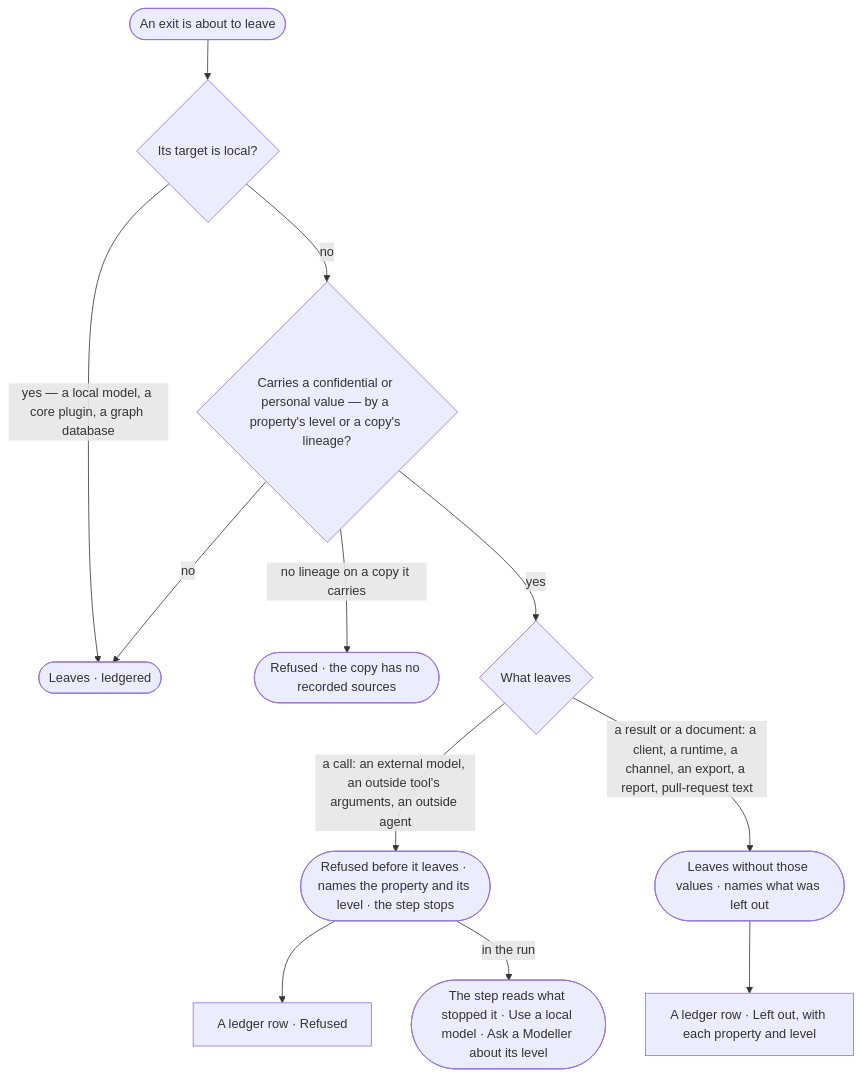
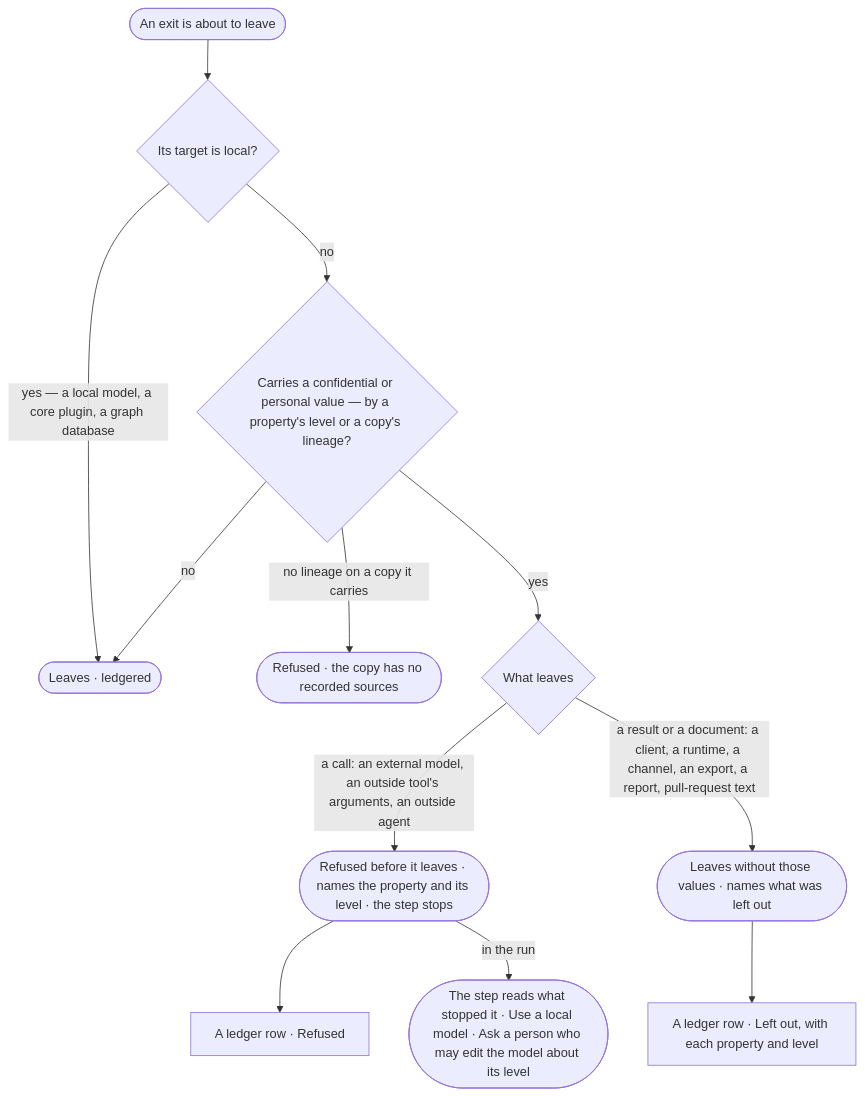
One commit to invana/invana changed the diagram in specs/os/access/features/AC-F09-what-left-the-platform/stories/AC-42-stop-sensitive-data-at-every-exit/story.md. Above: the diagram before and after it, drawn with Mermaid. The commit also changed other lines of this file and 236 other files, not shown here.

````diff
--- a/specs/os/access/features/AC-F09-what-left-the-platform/stories/AC-42-stop-sensitive-data-at-every-exit/story.md
+++ b/specs/os/access/features/AC-F09-what-left-the-platform/stories/AC-42-stop-sensitive-data-at-every-exit/story.md
@@ -31,14 +31,14 @@
 ```mermaid
 flowchart TD
   e([An exit is about to leave]) --> loc{"Its target is local?"}
   loc -->|yes — a local model, a core plugin, a graph database| go(["Leaves · ledgered"])
   loc -->|no| lv{"Carries a confidential or personal value — by a property's level or a copy's lineage?"}
   lv -->|no| go
   lv -->|no lineage on a copy it carries| nl(["Refused · the copy has no recorded sources"])
   lv -->|yes| kind{"What leaves"}
   kind -->|a call: an external model, an outside tool's arguments, an outside agent| rf(["Refused before it leaves · names the property and its level · the step stops"])
   kind -->|a result or a document: a client, a runtime, a channel, an export, a report, pull-request text| lo(["Leaves without those values · names what was left out"])
   rf --> led["A ledger row · Refused"]
   lo --> led2["A ledger row · Left out, with each property and level"]
-  rf -->|in the run| why(["The step reads what stopped it · Use a local model · Ask a Modeller about its level"])
+  rf -->|in the run| why(["The step reads what stopped it · Use a local model · Ask a person who may edit the model about its level"])
 ```
````
